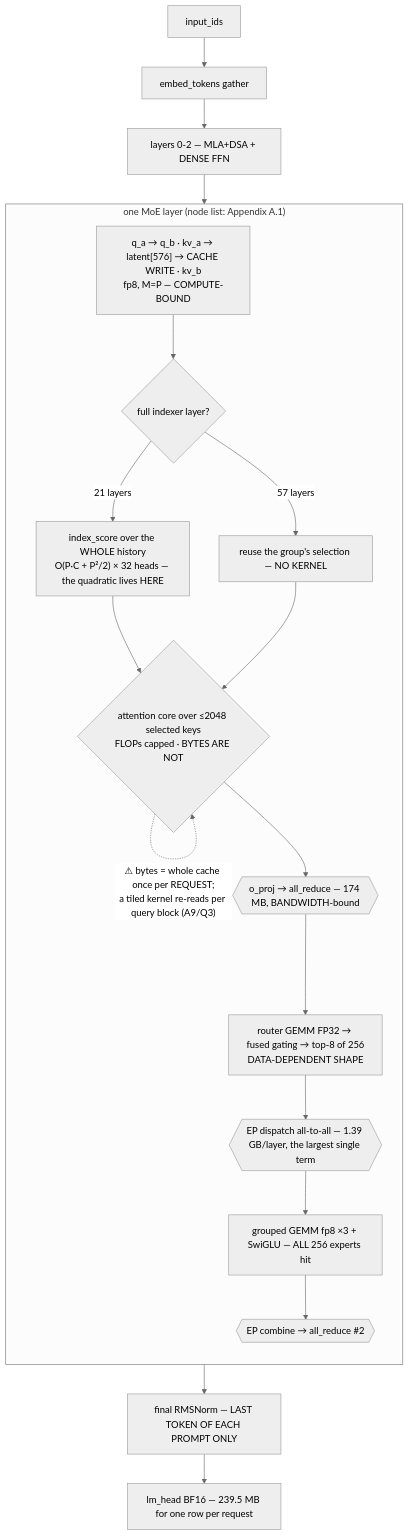
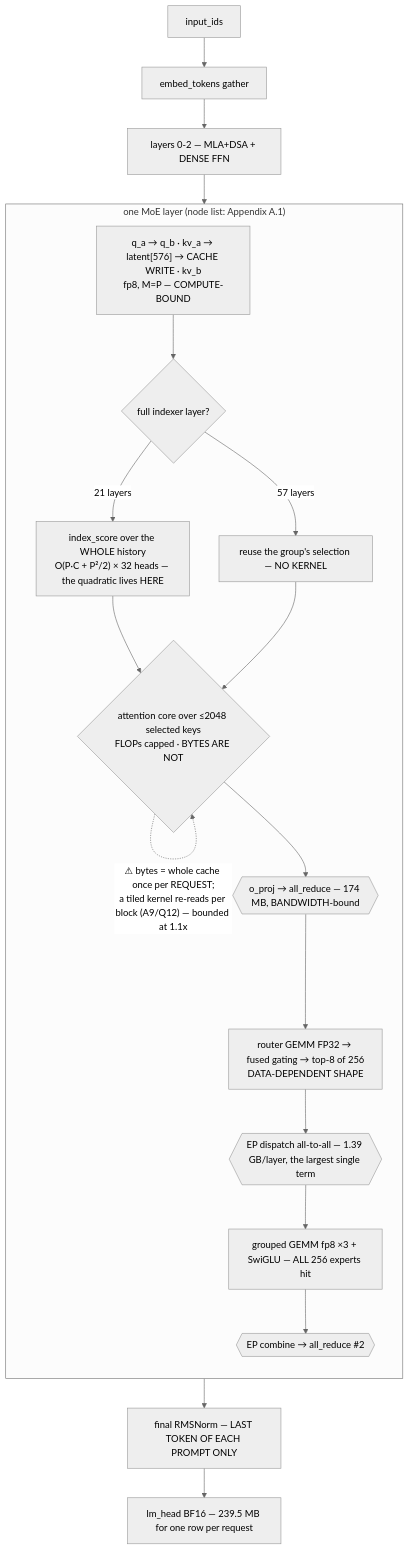
Before and after one commit to GitM-Labs/runtime: the first of 2 diagrams in docs/glm-5.2/DESIGN-NOTE.md, drawn with Mermaid. The commit also changed other lines of this file, not shown here.

````diff
--- a/docs/glm-5.2/DESIGN-NOTE.md
+++ b/docs/glm-5.2/DESIGN-NOTE.md
@@ -210,25 +210,25 @@
 ```mermaid
 %%{init: {'theme':'neutral'}}%%
 flowchart TD
   T["input_ids"] --> EMB["embed_tokens gather"]
   EMB --> L0["layers 0-2 — MLA+DSA + DENSE FFN"]
   L0 --> LB["layers 3-77 — MLA+DSA + MoE 256/top-8"]
   LB --> FN["final RMSNorm — LAST TOKEN OF EACH PROMPT ONLY"]
   FN --> LM["lm_head BF16 — 239.5 MB for one row per request"]
 
   subgraph LB["one MoE layer (node list: Appendix A.1)"]
     direction TB
     QKV["q_a → q_b · kv_a → latent[576] → CACHE WRITE · kv_b<br/>fp8, M=P — COMPUTE-BOUND"] --> IX
     IX{"full indexer layer?"}
     IX -- "21 layers" --> IS["index_score over the WHOLE history<br/>O(P·C + P²/2) × 32 heads — the quadratic lives HERE"]
     IX -- "57 layers" --> RE["reuse the group's selection — NO KERNEL"]
     IS --> ATT
     RE --> ATT{"attention core over ≤2048 selected keys<br/>FLOPs capped · BYTES ARE NOT"}
-    ATT -.->|"⚠ bytes = whole cache once per REQUEST;<br/>a tiled kernel re-reads per query block (A9/Q3)"| ATT
+    ATT -.->|"⚠ bytes = whole cache once per REQUEST;<br/>a tiled kernel re-reads per block (A9/Q12) — bounded at 1.1x"| ATT
     ATT --> AR1{{"o_proj → all_reduce — 174 MB, BANDWIDTH-bound"}}
     AR1 --> G["router GEMM FP32 → fused gating → top-8 of 256<br/>DATA-DEPENDENT SHAPE"]
     G --> A2A{{"EP dispatch all-to-all — 1.39 GB/layer, the largest single term"}}
     A2A --> EG["grouped GEMM fp8 ×3 + SwiGLU — ALL 256 experts hit"]
     EG --> A2B{{"EP combine → all_reduce #2"}}
   end
 ```
````
